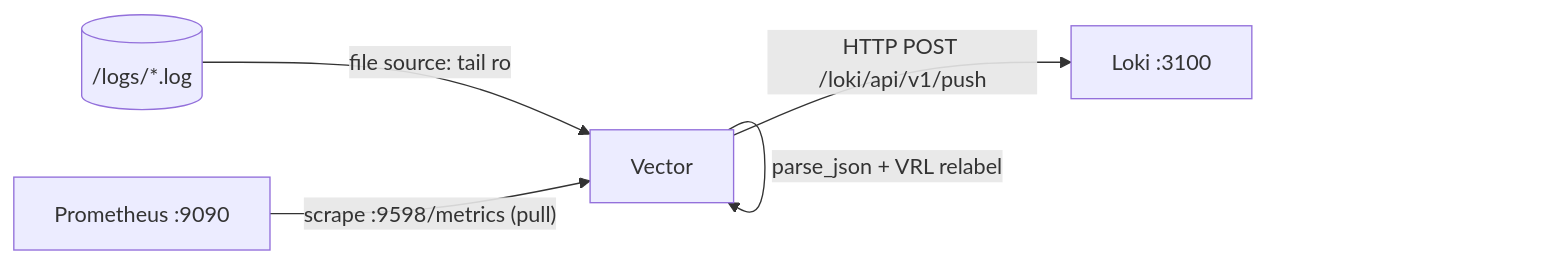
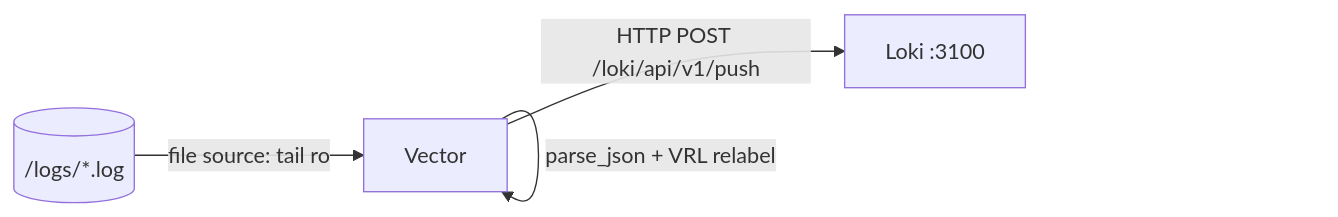
One commit to worthingtontech/axiom-fleet-mdm-lab changed the third of 5 diagrams in docs/encyclopedia/08-telemetry-and-observability.md. Above: the diagram before and after it, drawn with Mermaid. The commit also changed other lines of this file and 13 other files, not shown here.

````diff
--- a/docs/encyclopedia/08-telemetry-and-observability.md
+++ b/docs/encyclopedia/08-telemetry-and-observability.md
@@ -128,7 +130,6 @@
   ```mermaid
   flowchart LR
     logs[("/logs/*.log")] -->|file source: tail ro| V[Vector]
     V -->|parse_json + VRL relabel| V
     V -->|"HTTP POST /loki/api/v1/push"| loki["Loki :3100"]
-    prom["Prometheus :9090"] -->|"scrape :9598/metrics (pull)"| V
   ```
````
